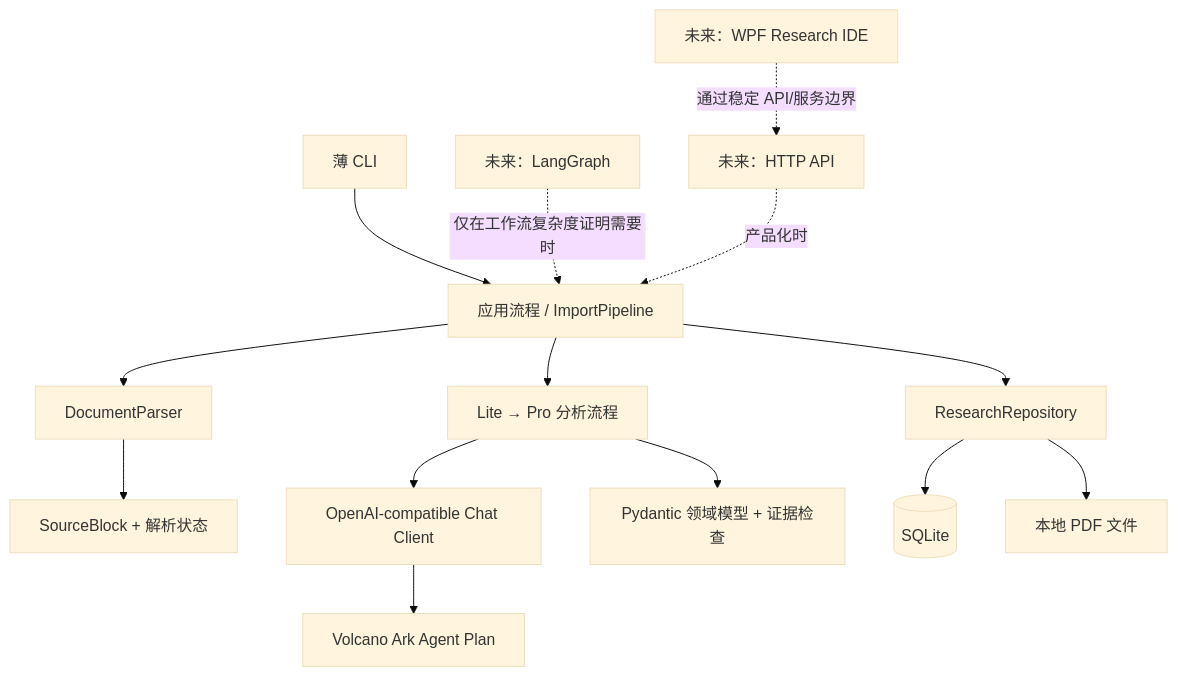
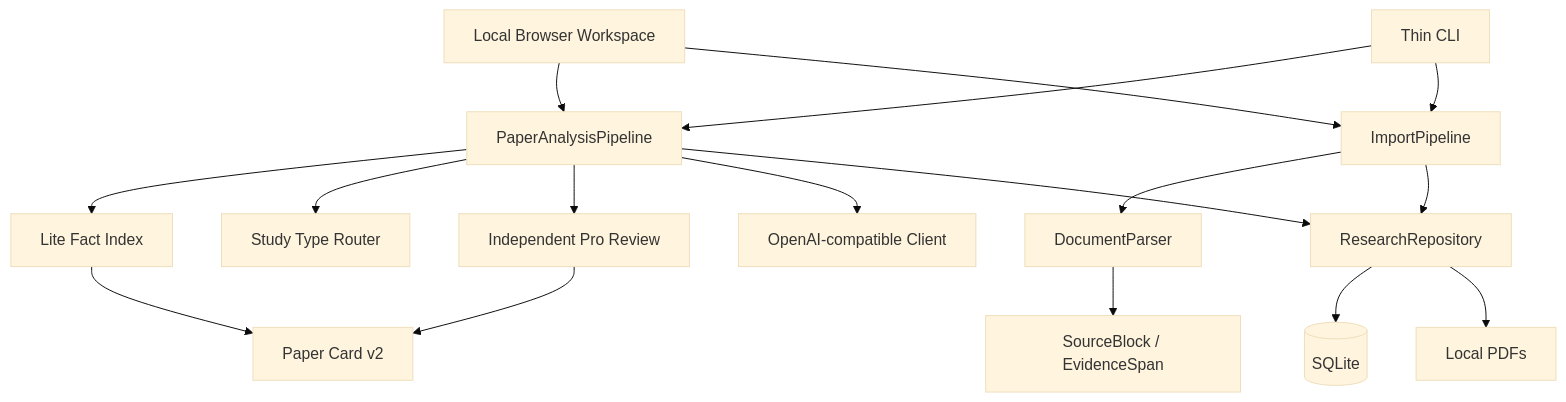
Before and after one commit to daseinzc-509/social-science-research-ide: the second of 2 diagrams in README.md, drawn with Mermaid (base theme). The commit also changed other lines of this file and 6 other files, not shown here.

````diff
--- a/README.md
+++ b/README.md
@@ -113,16 +257,22 @@
 ```mermaid
 flowchart TB
-    CLI[薄 CLI] --> Pipeline[应用流程 / ImportPipeline]
-    Pipeline --> Parser[DocumentParser]
-    Pipeline --> Analyzer[Lite → Pro 分析流程]
-    Analyzer --> Client[OpenAI-compatible Chat Client]
-    Pipeline --> Repository[ResearchRepository]
-    Parser --> Blocks[SourceBlock + 解析状态]
-    Analyzer --> Models[Pydantic 领域模型 + 证据检查]
-    Client --> Ark[Volcano Ark Agent Plan]
-    Repository --> SQLite[(SQLite)]
-    Repository --> Files[本地 PDF 文件]
-    Graph[未来：LangGraph] -. 仅在工作流复杂度证明需要时 .-> Pipeline
-    API[未来：HTTP API] -. 产品化时 .-> Pipeline
-    UI[未来：WPF Research IDE] -. 通过稳定 API/服务边界 .-> API
+    UI[Local Browser Workspace] --> Analysis[PaperAnalysisPipeline]
+    CLI[Thin CLI] --> Analysis
+    CLI --> Import[ImportPipeline]
+    UI --> Import
+
+    Import --> Parser[DocumentParser]
+    Parser --> Blocks[SourceBlock / EvidenceSpan]
+
+    Analysis --> Lite[Lite Fact Index]
+    Analysis --> Router[Study Type Router]
+    Analysis --> Pro[Independent Pro Review]
+    Lite --> Memory[Paper Card v2]
+    Pro --> Memory
+
+    Analysis --> Client[OpenAI-compatible Client]
+    Import --> Repo[ResearchRepository]
+    Analysis --> Repo
+    Repo --> SQLite[(SQLite)]
+    Repo --> Files[Local PDFs]
 ```
````
